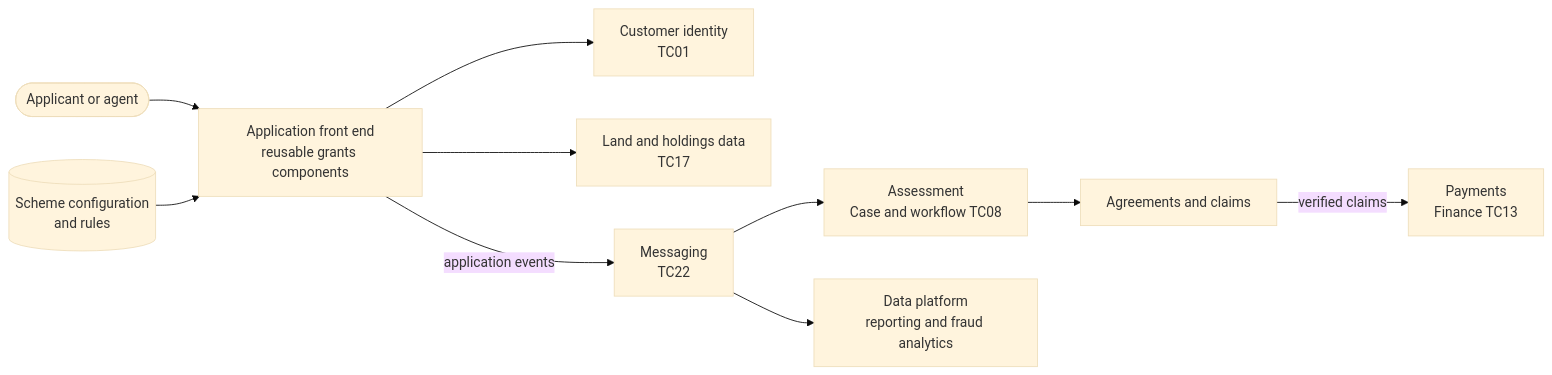
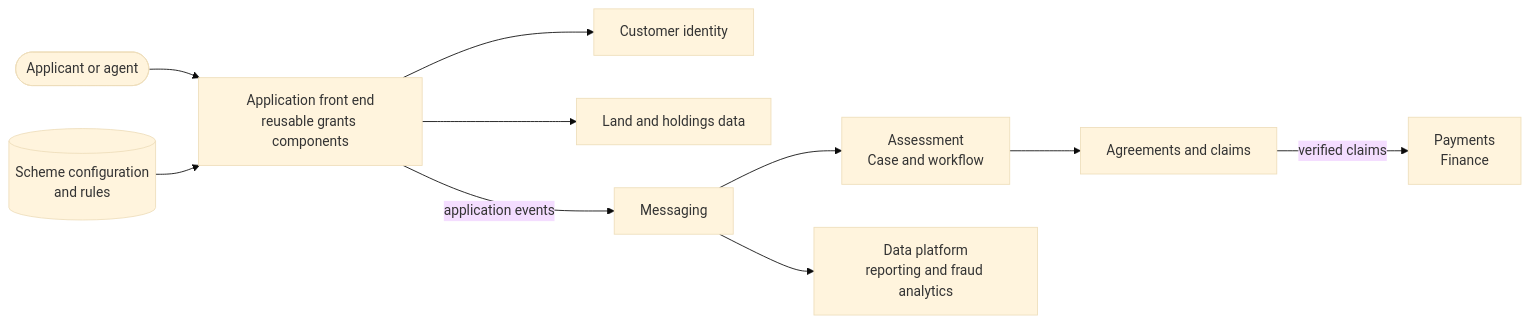
Before and after one commit to DEFRA/architecture: the diagram in docs/handrail/reference-architectures/grants.md, drawn with Mermaid (base theme). The commit also changed other lines of this file and 33 other files, not shown here.

````diff
--- a/docs/handrail/reference-architectures/grants.md
+++ b/docs/handrail/reference-architectures/grants.md
@@ -18,14 +18,14 @@
 ```mermaid
 flowchart LR
     accTitle: Proposed grants and schemes reference architecture
     accDescr: Scheme rules are configured rather than coded per scheme. Applicants use an application front end, built from reusable grants components, to check eligibility and apply, using customer identity and land data. Applications flow through events to assessment in case and workflow, then to agreements and claims. Verified claims go to payments in the finance system. Data flows to the data platform for reporting and fraud analytics.
     U(["Applicant or agent"]) --> FE["Application front end<br/>reusable grants components"]
     RULES[("Scheme configuration<br/>and rules")] --> FE
-    FE --> ID["Customer identity<br/>TC01"]
-    FE --> LAND["Land and holdings data<br/>TC17"]
-    FE -->|"application events"| MSG["Messaging<br/>TC22"]
-    MSG --> ASSESS["Assessment<br/>Case and workflow TC08"]
+    FE --> ID["Customer identity"]
+    FE --> LAND["Land and holdings data"]
+    FE -->|"application events"| MSG["Messaging"]
+    MSG --> ASSESS["Assessment<br/>Case and workflow"]
     ASSESS --> AGR["Agreements and claims"]
-    AGR -->|"verified claims"| PAYM["Payments<br/>Finance TC13"]
+    AGR -->|"verified claims"| PAYM["Payments<br/>Finance"]
     MSG --> DP["Data platform<br/>reporting and fraud analytics"]
 ```
````
